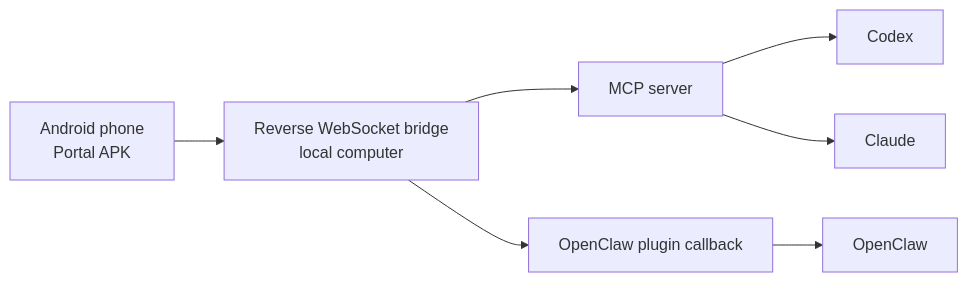
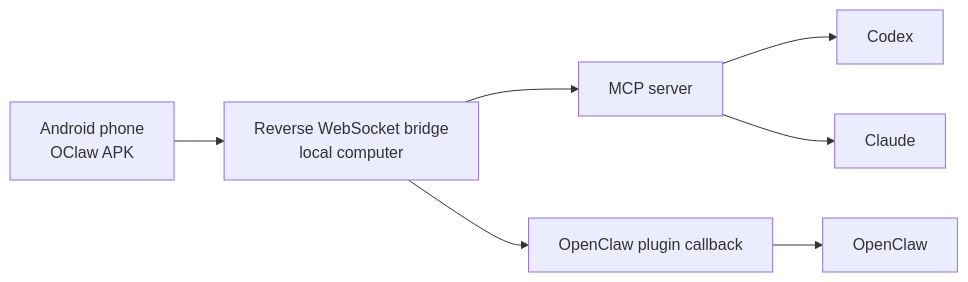
One commit to ousir0/Agent-mobile-toolkit changed the diagram in README.md. Above: the diagram before and after it, drawn with Mermaid. The commit also changed other lines of this file and 13 other files, not shown here.

````diff
--- a/README.md
+++ b/README.md
@@ -20,9 +20,9 @@
 ```mermaid
 flowchart LR
-  phone["Android phone<br/>Portal APK"] --> ws["Reverse WebSocket bridge<br/>local computer"]
+  phone["Android phone<br/>OClaw APK"] --> ws["Reverse WebSocket bridge<br/>local computer"]
   ws --> mcp["MCP server"]
   ws --> plugin["OpenClaw plugin callback"]
   mcp --> codex["Codex"]
   mcp --> claude["Claude"]
   plugin --> openclaw["OpenClaw"]
 ```
````
